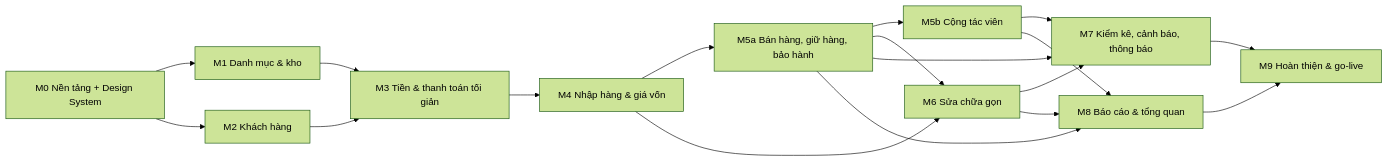
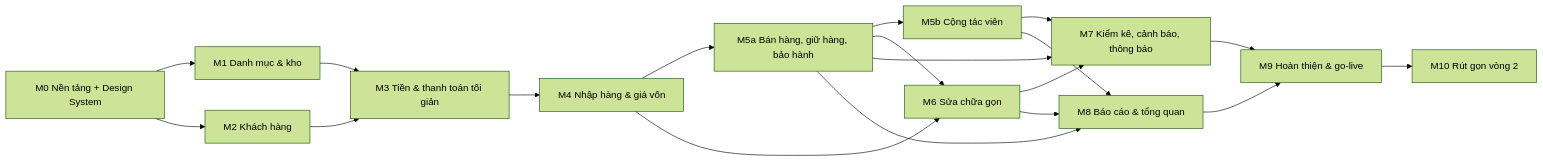
The diagram in docs/04-engineering/build-plan.md (Doanhaiduy/WatchFlow), drawn with Mermaid (forest theme) before and after one commit. The commit also changed other lines of this file and 31 other files, not shown here.

````diff
--- a/docs/04-engineering/build-plan.md
+++ b/docs/04-engineering/build-plan.md
@@ -8,20 +8,21 @@
 ```mermaid
 flowchart LR
   M0[M0 Nền tảng + Design System] --> M1[M1 Danh mục & kho]
   M0 --> M2[M2 Khách hàng]
   M1 --> M3[M3 Tiền & thanh toán tối giản]
   M2 --> M3
   M3 --> M4[M4 Nhập hàng & giá vốn]
   M4 --> M5a[M5a Bán hàng, giữ hàng, bảo hành]
   M5a --> M5b[M5b Cộng tác viên]
   M4 --> M6[M6 Sửa chữa gọn]
   M5a --> M6
   M5a --> M7[M7 Kiểm kê, cảnh báo, thông báo]
   M6 --> M7
   M5b --> M7
   M5a --> M8[M8 Báo cáo & tổng quan]
   M5b --> M8
   M6 --> M8
   M7 --> M9[M9 Hoàn thiện & go-live]
   M8 --> M9
+  M9 --> M10[M10 Rút gọn vòng 2]
 ```
````
